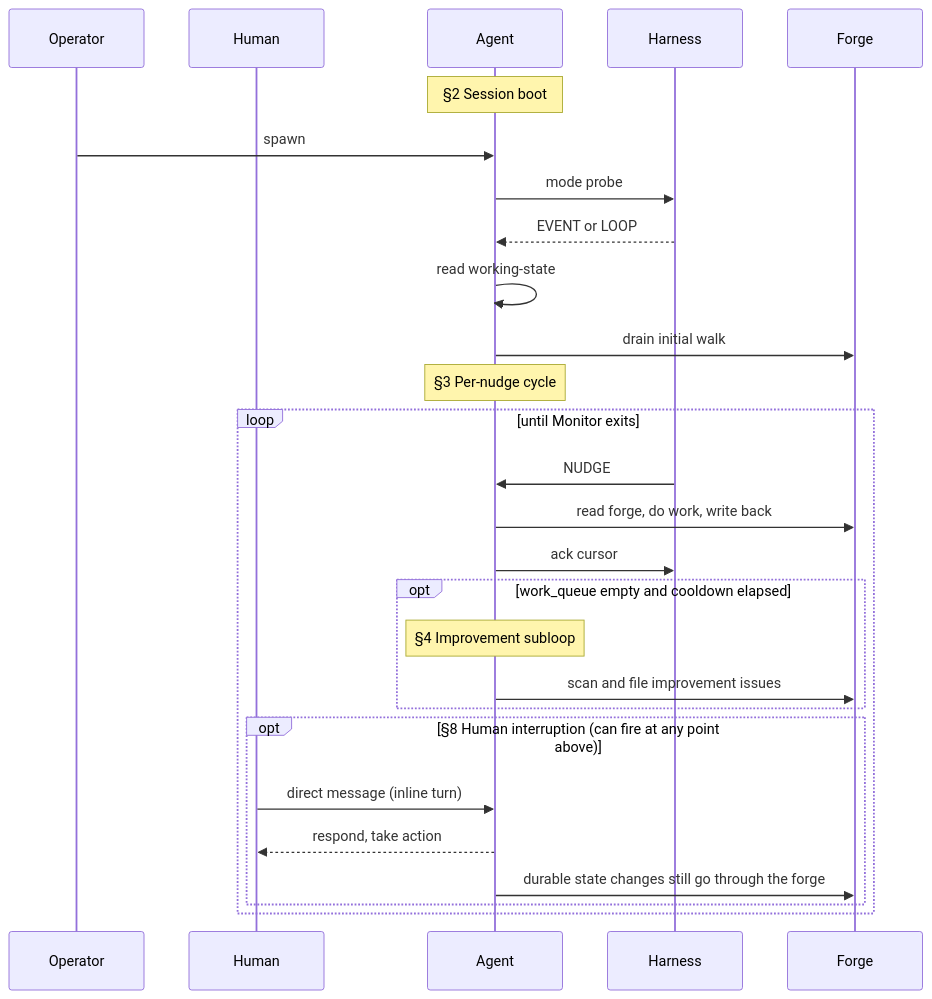
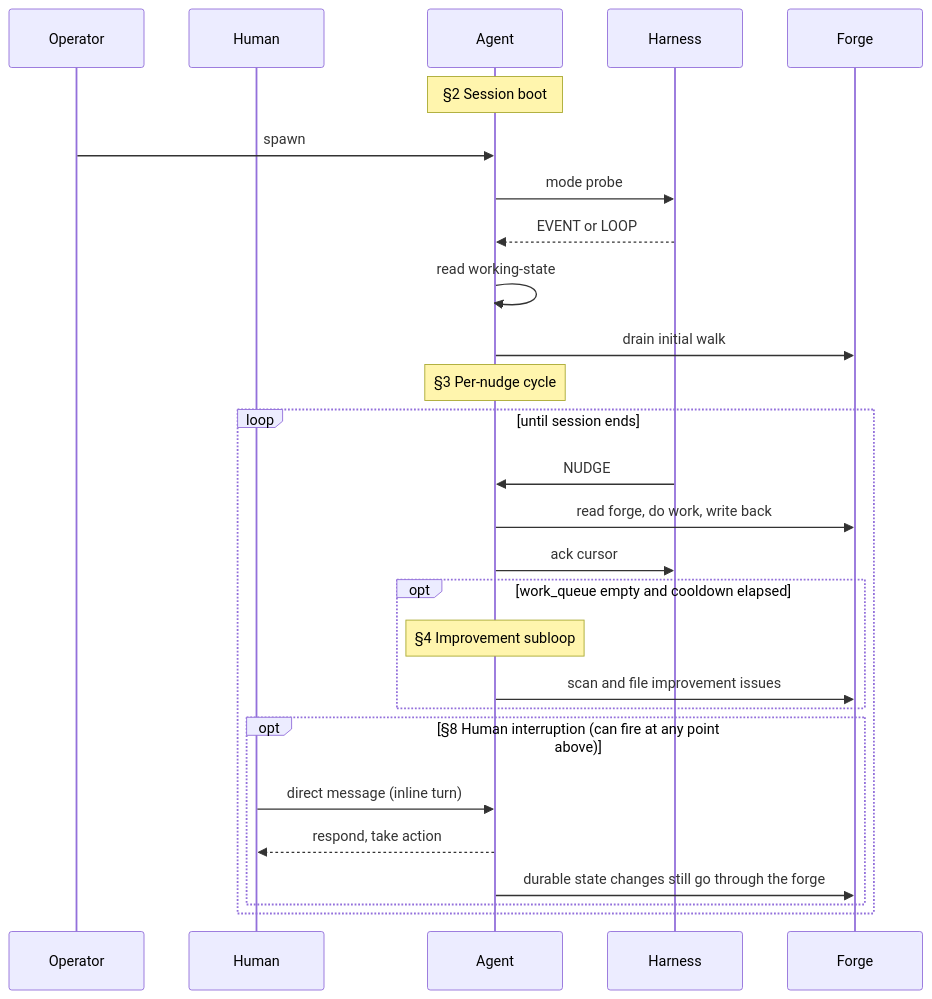
Before and after one commit to WallyDoodlez/SquidSquad: the first of 3 diagrams in references/roles/instructions.md, drawn with Mermaid. The commit also changed other lines of this file and 5 other files, not shown here.

First line of the commit message:
skill: #14099 -- Monitor deadline expiry => re-arm; any other Monitor exit => end session (#14110)

````diff
--- a/references/roles/instructions.md
+++ b/references/roles/instructions.md
@@ -20,29 +20,29 @@
 ```mermaid
 sequenceDiagram
     participant O as Operator
     participant Hu as Human
     participant A as Agent
     participant H as Harness
     participant F as Forge
     Note over A: §2 Session boot
     O->>A: spawn
     A->>H: mode probe
     H-->>A: EVENT or LOOP
     A->>A: read working-state
     A->>F: drain initial walk
     Note over A: §3 Per-nudge cycle
-    loop until Monitor exits
+    loop until session ends
         H->>A: NUDGE
         A->>F: read forge, do work, write back
         A->>H: ack cursor
         opt work_queue empty and cooldown elapsed
             Note over A: §4 Improvement subloop
             A->>F: scan and file improvement issues
         end
         opt §8 Human interruption (can fire at any point above)
             Hu->>A: direct message (inline turn)
             A-->>Hu: respond, take action
             A->>F: durable state changes still go through the forge
         end
     end
 ```
````
